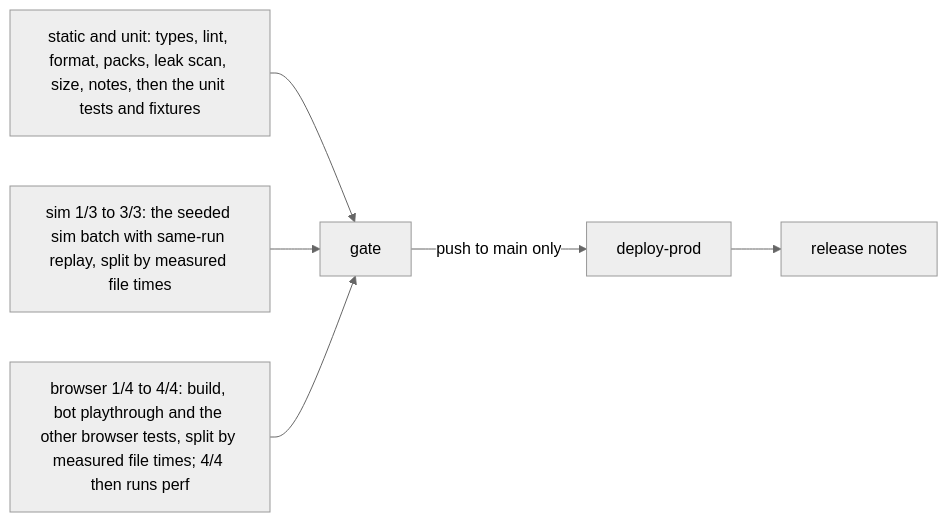
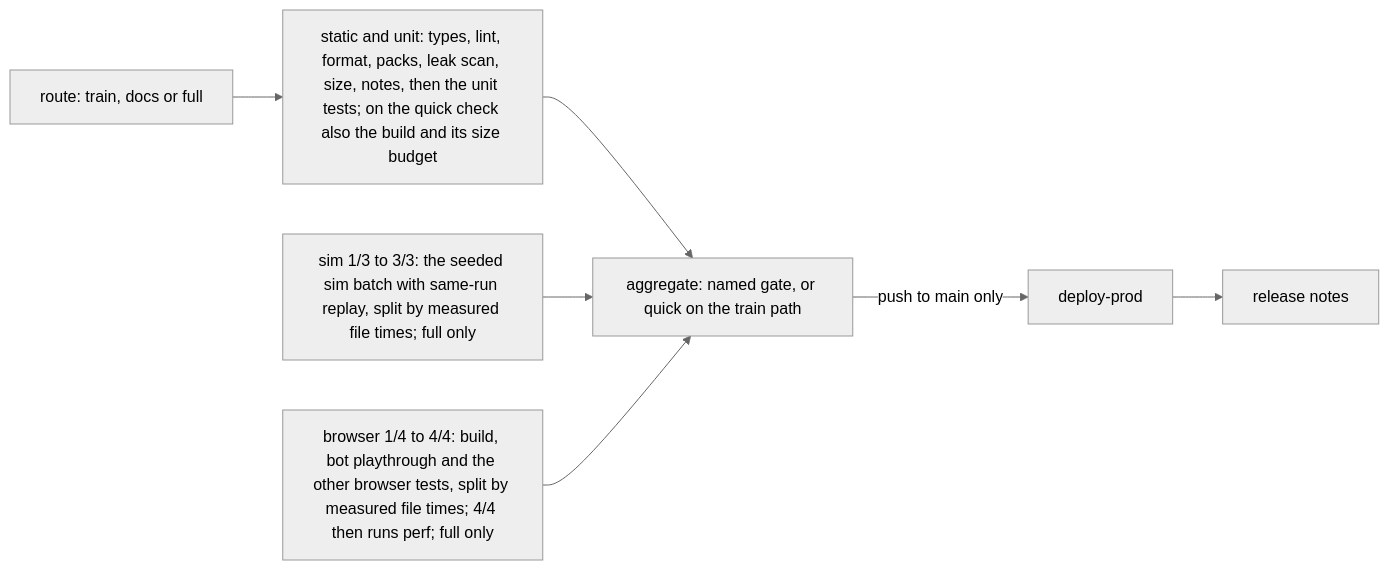
One commit to joshuasundance-swca/throttlebrawl changed the diagram in docs/engineering.md. Above: the diagram before and after it, drawn with Mermaid (neutral theme). The commit also changed other lines of this file and 13 other files, not shown here.

````diff
--- a/docs/engineering.md
+++ b/docs/engineering.md
@@ -252,8 +267,9 @@
 ```mermaid
 flowchart LR
-  A[static and unit: types, lint, format, packs, leak scan, size, notes, then the unit tests and fixtures] --> G[gate]
-  S[sim 1/3 to 3/3: the seeded sim batch with same-run replay, split by measured file times] --> G
-  C[browser 1/4 to 4/4: build, bot playthrough and the other browser tests, split by measured file times; 4/4 then runs perf] --> G
-  G -->|push to main only| D[deploy-prod]
+  P[route: train, docs or full] --> A
+  A[static and unit: types, lint, format, packs, leak scan, size, notes, then the unit tests; on the quick check also the build and its size budget] --> G
+  S[sim 1/3 to 3/3: the seeded sim batch with same-run replay, split by measured file times; full only] --> G
+  C[browser 1/4 to 4/4: build, bot playthrough and the other browser tests, split by measured file times; 4/4 then runs perf; full only] --> G
+  G[aggregate: named gate, or quick on the train path] -->|push to main only| D[deploy-prod]
   D --> R[release notes]
 ```
````
